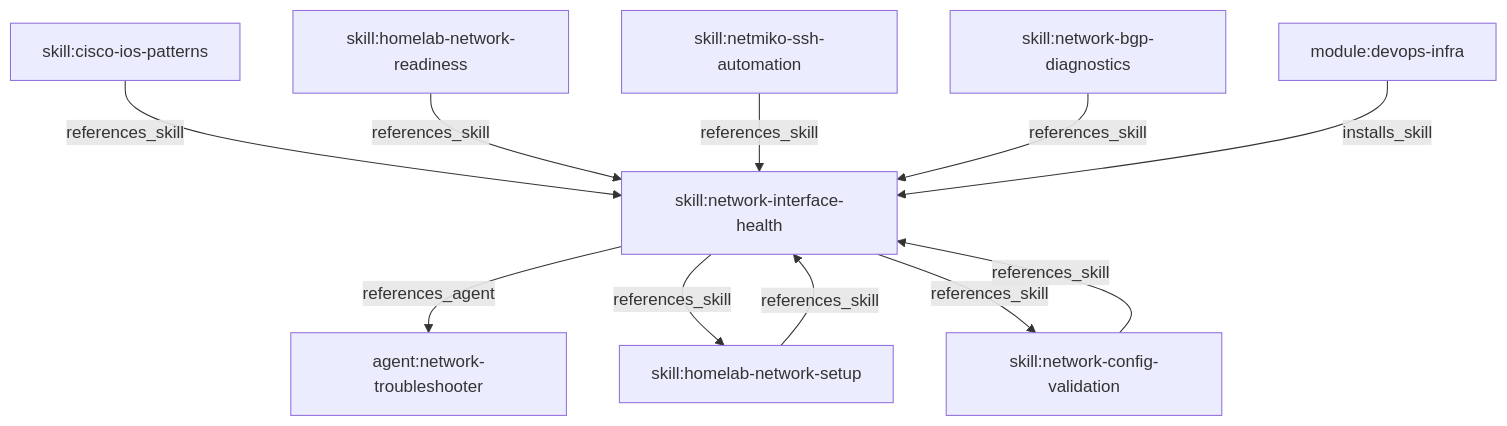
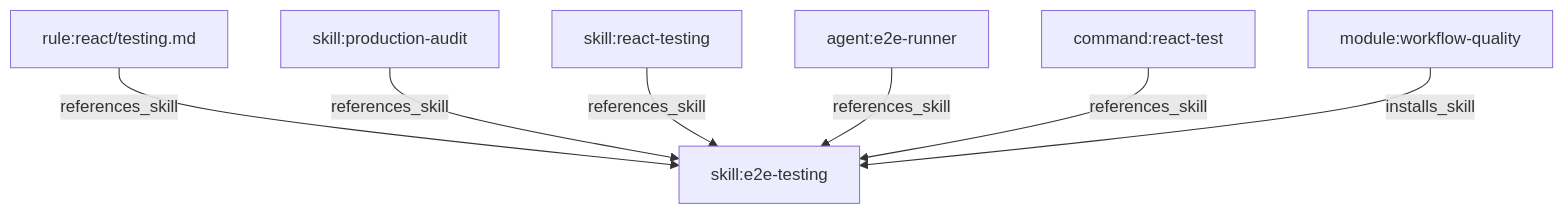
The fifth of 10 diagrams in .claude/skills/dependency-graph/DEPENDENCY-GRAPH.md (coderofmutou/ecc-custom), drawn with Mermaid before and after one commit. The commit also changed other lines of this file and 30 other files, not shown here.

Commit message:
chore(agents): 裁剪与 Java 后端画像无关的 healthcare/homelab/network/marketing/seo/chief-of-staff 组件

````diff
--- a/.claude/skills/dependency-graph/DEPENDENCY-GRAPH.md
+++ b/.claude/skills/dependency-graph/DEPENDENCY-GRAPH.md
@@ -214,13 +215,9 @@
 ```mermaid
 graph TD
-  skill_cisco_ios_patterns["skill:cisco-ios-patterns"] -->|references_skill| skill_network_interface_health["skill:network-interface-health"]
-  skill_homelab_network_readiness["skill:homelab-network-readiness"] -->|references_skill| skill_network_interface_health["skill:network-interface-health"]
-  skill_homelab_network_setup["skill:homelab-network-setup"] -->|references_skill| skill_network_interface_health["skill:network-interface-health"]
-  skill_netmiko_ssh_automation["skill:netmiko-ssh-automation"] -->|references_skill| skill_network_interface_health["skill:network-interface-health"]
-  skill_network_bgp_diagnostics["skill:network-bgp-diagnostics"] -->|references_skill| skill_network_interface_health["skill:network-interface-health"]
-  skill_network_config_validation["skill:network-config-validation"] -->|references_skill| skill_network_interface_health["skill:network-interface-health"]
-  skill_network_interface_health["skill:network-interface-health"] -->|references_agent| agent_network_troubleshooter["agent:network-troubleshooter"]
-  skill_network_interface_health["skill:network-interface-health"] -->|references_skill| skill_homelab_network_setup["skill:homelab-network-setup"]
-  skill_network_interface_health["skill:network-interface-health"] -->|references_skill| skill_network_config_validation["skill:network-config-validation"]
-  module_devops_infra["module:devops-infra"] -->|installs_skill| skill_network_interface_health["skill:network-interface-health"]
+  rule_react_testing_md["rule:react/testing.md"] -->|references_skill| skill_e2e_testing["skill:e2e-testing"]
+  skill_production_audit["skill:production-audit"] -->|references_skill| skill_e2e_testing["skill:e2e-testing"]
+  skill_react_testing["skill:react-testing"] -->|references_skill| skill_e2e_testing["skill:e2e-testing"]
+  agent_e2e_runner["agent:e2e-runner"] -->|references_skill| skill_e2e_testing["skill:e2e-testing"]
+  command_react_test["command:react-test"] -->|references_skill| skill_e2e_testing["skill:e2e-testing"]
+  module_workflow_quality["module:workflow-quality"] -->|installs_skill| skill_e2e_testing["skill:e2e-testing"]
 ```
````
